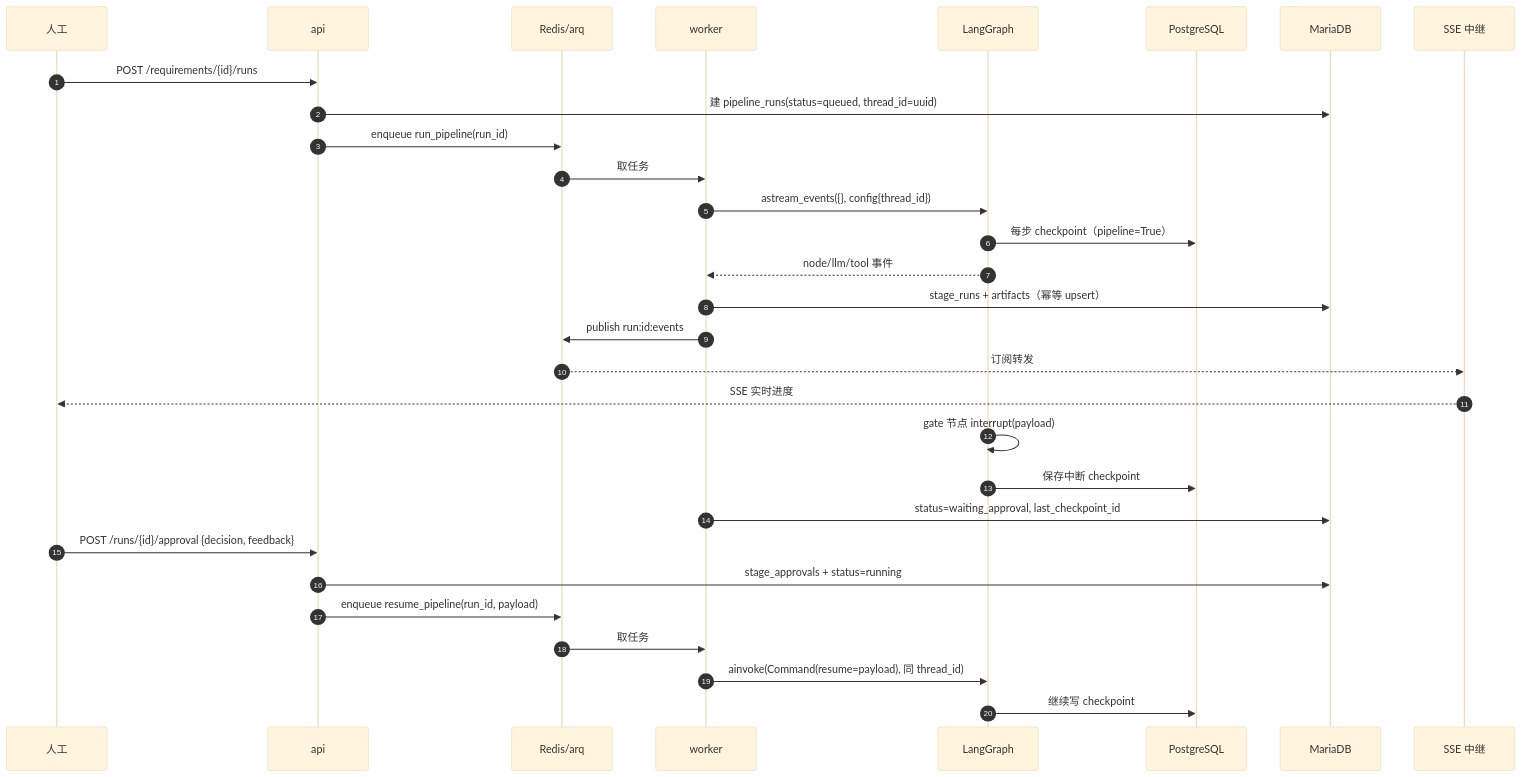
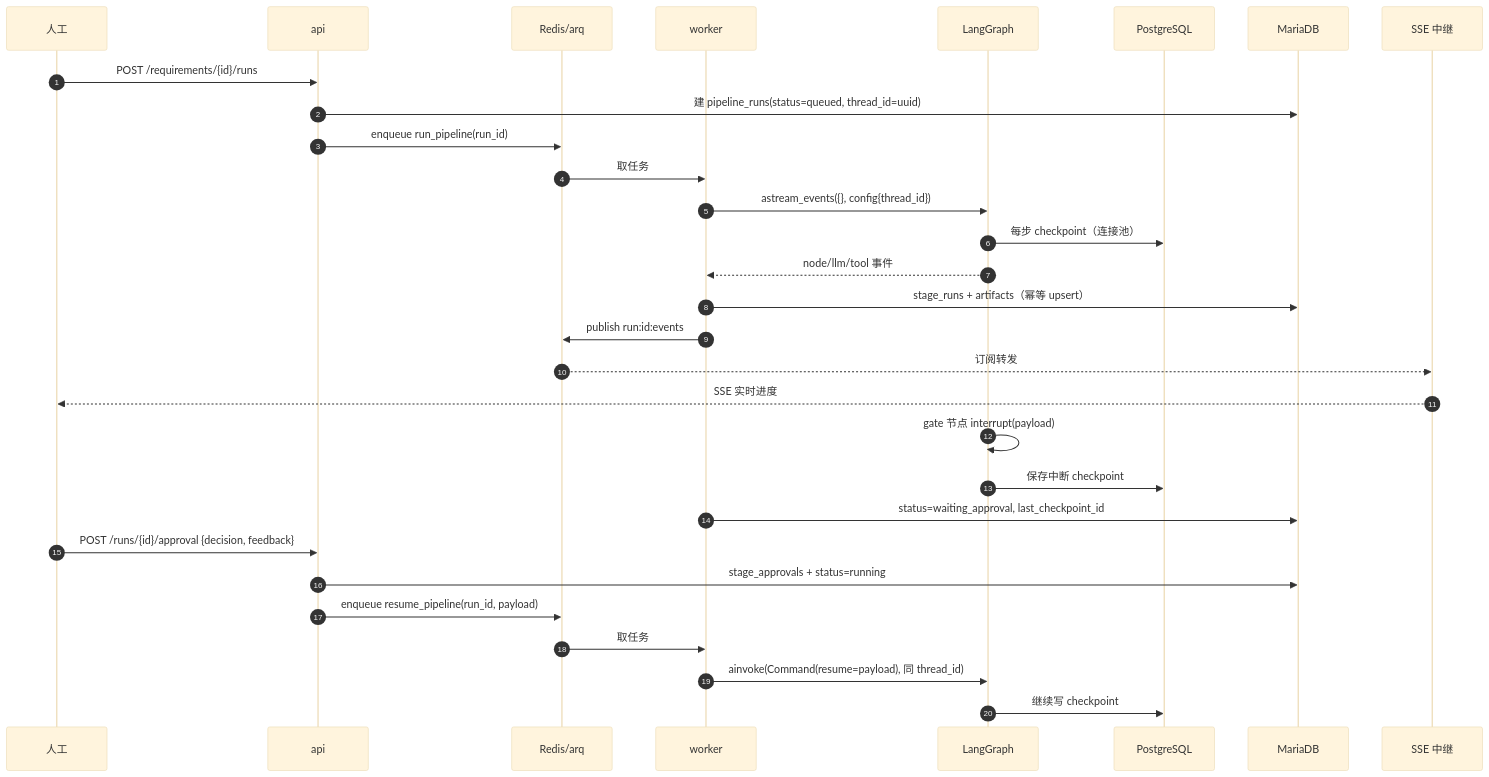
One commit to Cmingqiu/devepipeline changed the third of 4 diagrams in docs/architecture.md. Above: the diagram before and after it, drawn with Mermaid (base theme). The commit also changed other lines of this file and 30 other files, not shown here.

````diff
--- a/docs/architecture.md
+++ b/docs/architecture.md
@@ -232,33 +232,33 @@
 ```mermaid
 sequenceDiagram
   autonumber
   participant U as 人工
   participant API as api
   participant Q as Redis/arq
   participant W as worker
   participant G as LangGraph
   participant PG as PostgreSQL
   participant DB as MariaDB
   participant S as SSE 中继
 
   U->>API: POST /requirements/{id}/runs
   API->>DB: 建 pipeline_runs(status=queued, thread_id=uuid)
   API->>Q: enqueue run_pipeline(run_id)
   Q->>W: 取任务
   W->>G: astream_events({}, config{thread_id})
-  G->>PG: 每步 checkpoint（pipeline=True）
+  G->>PG: 每步 checkpoint（连接池）
   G-->>W: node/llm/tool 事件
   W->>DB: stage_runs + artifacts（幂等 upsert）
   W->>Q: publish run:id:events
   Q-->>S: 订阅转发
   S-->>U: SSE 实时进度
   G->>G: gate 节点 interrupt(payload)
   G->>PG: 保存中断 checkpoint
   W->>DB: status=waiting_approval, last_checkpoint_id
   U->>API: POST /runs/{id}/approval {decision, feedback}
   API->>DB: stage_approvals + status=running
   API->>Q: enqueue resume_pipeline(run_id, payload)
   Q->>W: 取任务
   W->>G: ainvoke(Command(resume=payload), 同 thread_id)
   G->>PG: 继续写 checkpoint
 ```
````
